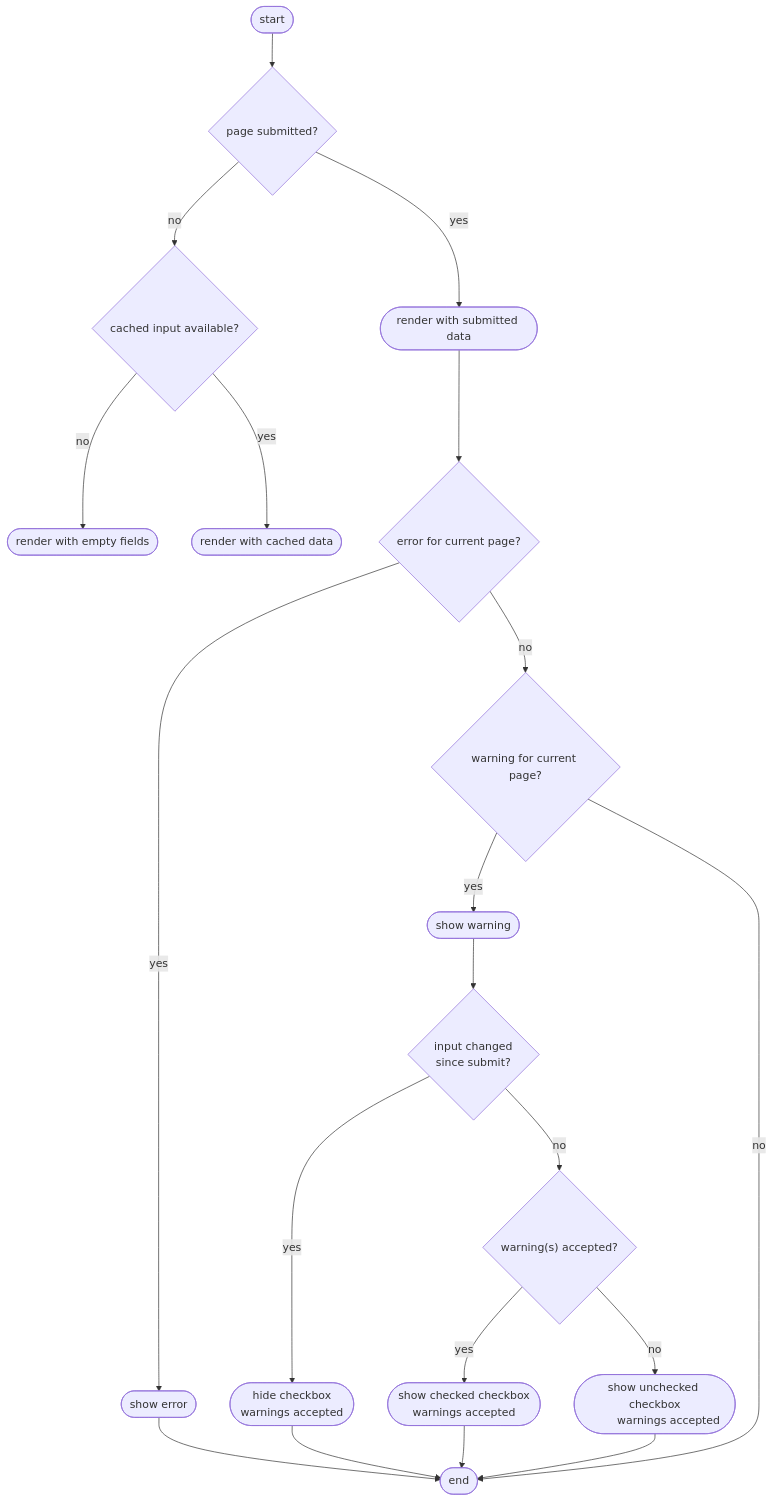
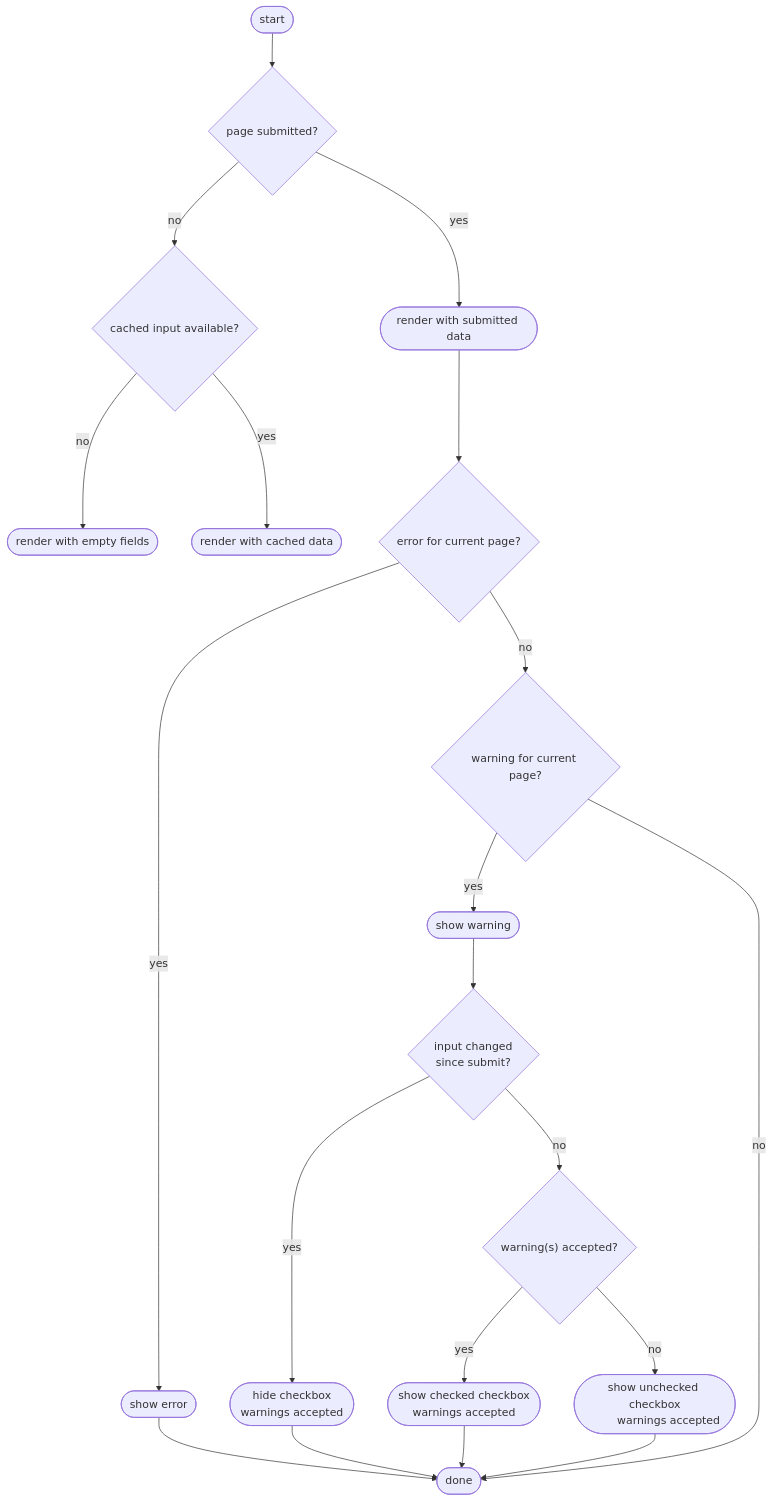
Before and after one commit to kiesraad/abacus: the second of 4 diagrams in documentatie/flowcharts/data-entry-forms.md, drawn with Mermaid.

Commit message:
Flowchart: remove the word 'end'
From https://mermaid.js.org/syntax/flowchart.html:
> WARNING
> If you are using the word "end" in a Flowchart node, capitalize the
> entire word or any of the letters (e.g., "End" or "END"), or apply
> this workaround. Typing "end" in all lowercase letters will break the
> Flowchart.

````diff
--- a/documentatie/flowcharts/data-entry-forms.md
+++ b/documentatie/flowcharts/data-entry-forms.md
@@ -64,54 +64,54 @@
 ```mermaid
 flowchart TD
 
     %% elements
     flow-start([start])
+    flow-done([done])
 
     render-empty-fields([render with empty fields])
     render-cached-data([render with cached data])
-    flow-end([end])
 
     render-submitted-data([render with submitted data])
 
     show-error([show error])
     hide-checkbox-accepted(["hide checkbox
         warnings accepted"])
     show-warning([show warning])
     show-checked-accepted(["show checked checkbox
         warnings accepted"])
     show-unchecked-accepted(["show unchecked checkbox
         warnings accepted"])
 
     page-submitted{page submitted?}
     error-cur-page{error for current page?}
     warning-cur-page{warning for current page?}
     cached-input-available{cached input available?}
     input-changed{"input changed
         since submit?"}
     warning-accepted{"warning(s) accepted?"}
 
     %% flow
     flow-start --> page-submitted
 
     page-submitted -- no --> cached-input-available
     cached-input-available -- yes --> render-cached-data
     cached-input-available -- no --> render-empty-fields
     page-submitted -- yes --> render-submitted-data
     
     render-submitted-data --> error-cur-page
 
     error-cur-page -- yes --> show-error
-    show-error --> flow-end
+    show-error --> flow-done
     error-cur-page -- no --> warning-cur-page
 
     warning-cur-page -- yes --> show-warning
     show-warning --> input-changed
     input-changed -- yes --> hide-checkbox-accepted
-    hide-checkbox-accepted --> flow-end
+    hide-checkbox-accepted --> flow-done
     input-changed -- no --> warning-accepted
     warning-accepted -- yes --> show-checked-accepted
     warning-accepted -- no --> show-unchecked-accepted
-    show-checked-accepted --> flow-end
-    show-unchecked-accepted --> flow-end
-    warning-cur-page -- no --> flow-end
+    show-checked-accepted --> flow-done
+    show-unchecked-accepted --> flow-done
+    warning-cur-page -- no --> flow-done
 ```
````
